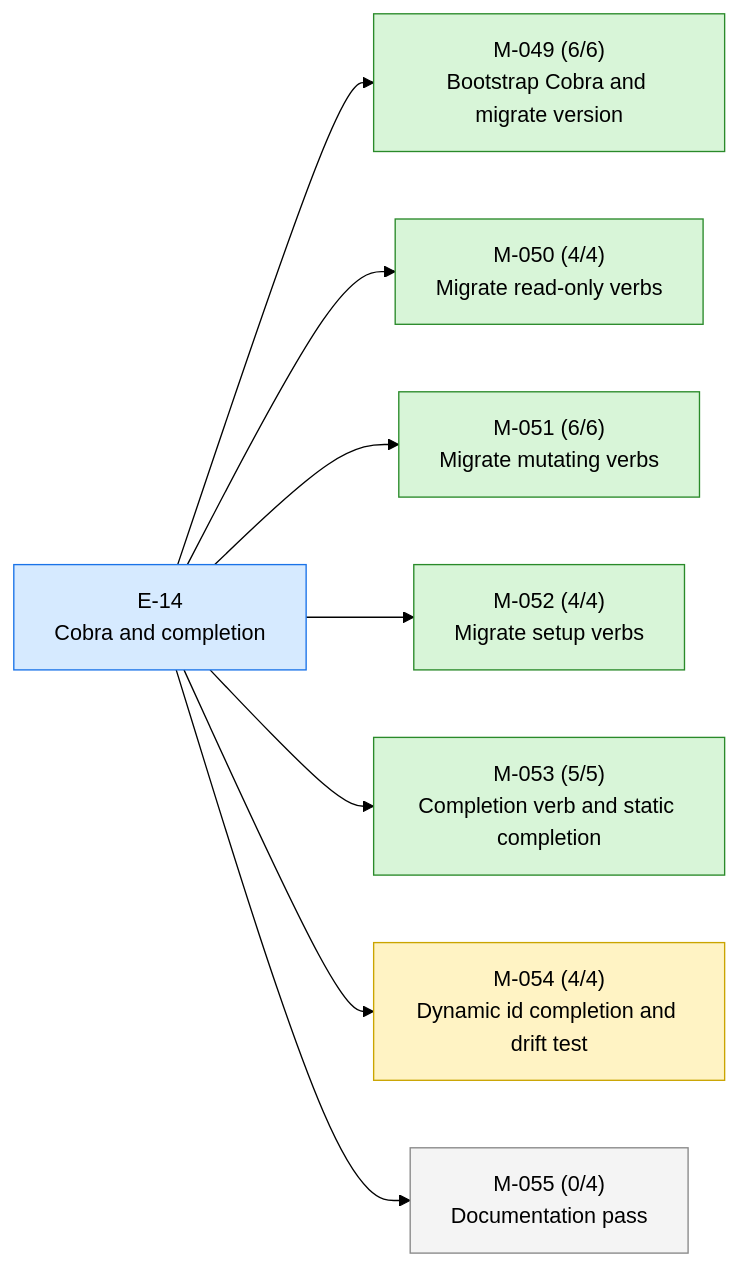
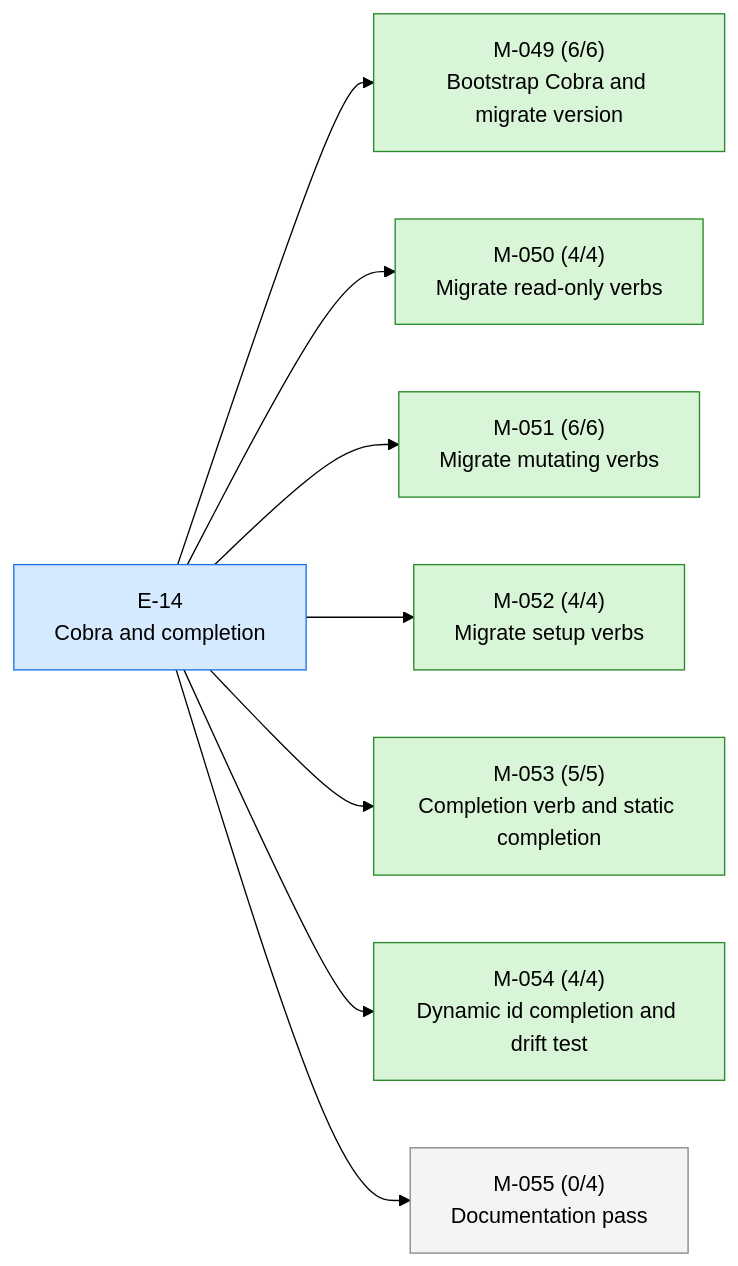
Before and after one commit to 23min/aiwf: the first of 2 diagrams in STATUS.md, drawn with Mermaid (forest theme). The commit also changed other lines of this file and 1 other file, not shown here.

First line of the commit message:
aiwf promote M-054 in_progress -> done

````diff
--- a/STATUS.md
+++ b/STATUS.md
@@ -17,24 +17,24 @@
 ```mermaid
 flowchart LR
   E_14["E-14<br/>Cobra and completion"]:::epic_active
   M_049["M-049 (6/6)<br/>Bootstrap Cobra and migrate version"]:::ms_done
   E_14 --> M_049
   M_050["M-050 (4/4)<br/>Migrate read-only verbs"]:::ms_done
   E_14 --> M_050
   M_051["M-051 (6/6)<br/>Migrate mutating verbs"]:::ms_done
   E_14 --> M_051
   M_052["M-052 (4/4)<br/>Migrate setup verbs"]:::ms_done
   E_14 --> M_052
   M_053["M-053 (5/5)<br/>Completion verb and static completion"]:::ms_done
   E_14 --> M_053
-  M_054["M-054 (4/4)<br/>Dynamic id completion and drift test"]:::ms_in_progress
+  M_054["M-054 (4/4)<br/>Dynamic id completion and drift test"]:::ms_done
   E_14 --> M_054
   M_055["M-055 (0/4)<br/>Documentation pass"]:::ms_draft
   E_14 --> M_055
   classDef epic_active fill:#d6eaff,stroke:#1a73e8,color:#000
   classDef epic_proposed fill:#f4f4f4,stroke:#888,color:#000
   classDef ms_done fill:#d8f5d8,stroke:#2a8a2a,color:#000
   classDef ms_in_progress fill:#fff3c4,stroke:#caa400,color:#000
   classDef ms_draft fill:#f4f4f4,stroke:#888,color:#000
   classDef ms_cancelled fill:#fbeaea,stroke:#c33,color:#000
 ```
````
